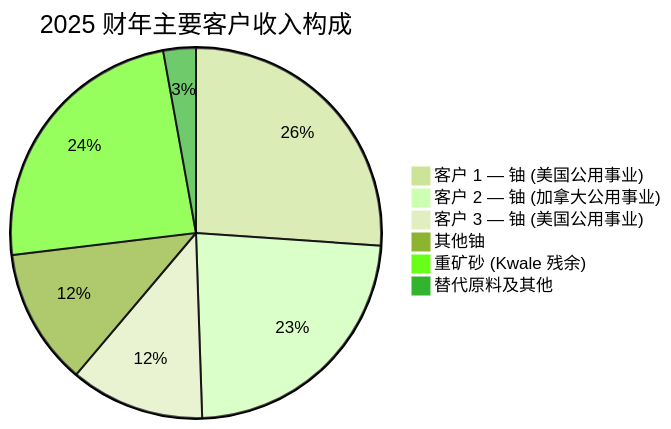
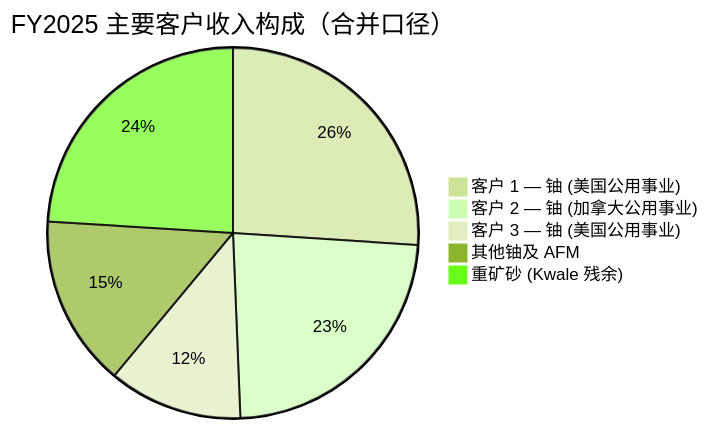
One commit to dadachundan/financial_agent changed the third of 4 diagrams in reports/company/EnergyFuels_AMEX_UUUU/EnergyFuels_AMEX_UUUU_公司研究.md. Above: the diagram before and after it, drawn with Mermaid (forest theme). The commit also changed other lines of this file, not shown here.

````diff
--- a/reports/company/EnergyFuels_AMEX_UUUU/EnergyFuels_AMEX_UUUU_公司研究.md
+++ b/reports/company/EnergyFuels_AMEX_UUUU/EnergyFuels_AMEX_UUUU_公司研究.md
@@ -163,9 +505,8 @@
 ```mermaid
-pie title 2025 财年主要客户收入构成
+pie title FY2025 主要客户收入构成（合并口径）
     "客户 1 — 铀 (美国公用事业)" : 17.16
     "客户 2 — 铀 (加拿大公用事业)" : 15.37
     "客户 3 — 铀 (美国公用事业)" : 7.70
-    "其他铀" : 7.84
+    "其他铀及 AFM" : 9.85
     "重矿砂 (Kwale 残余)" : 15.82
-    "替代原料及其他" : 1.87
 ```
````
